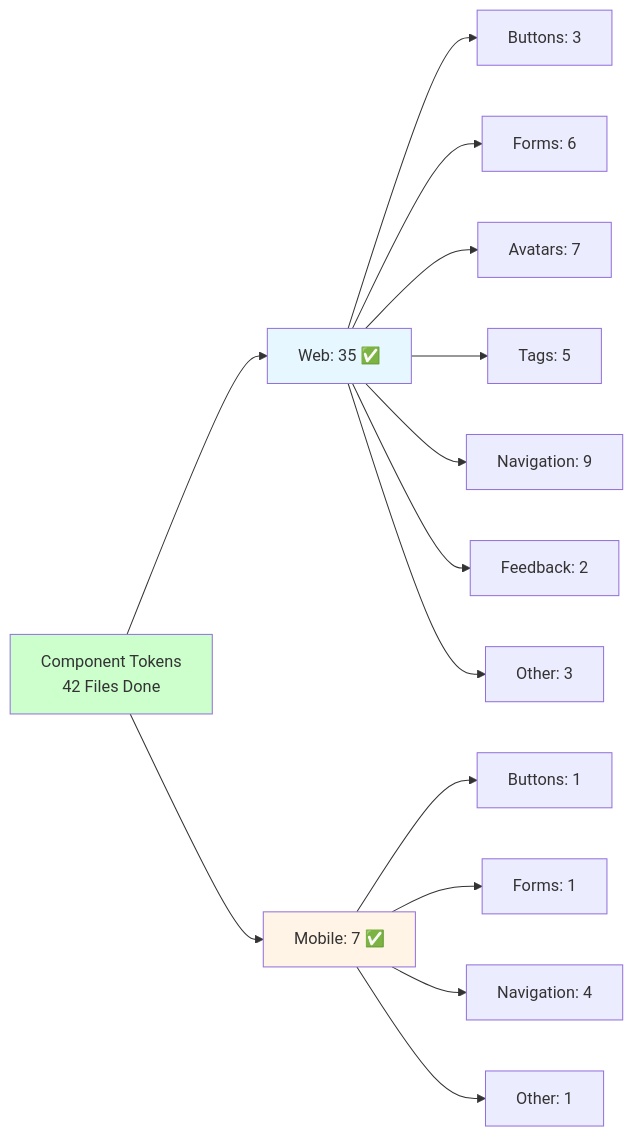
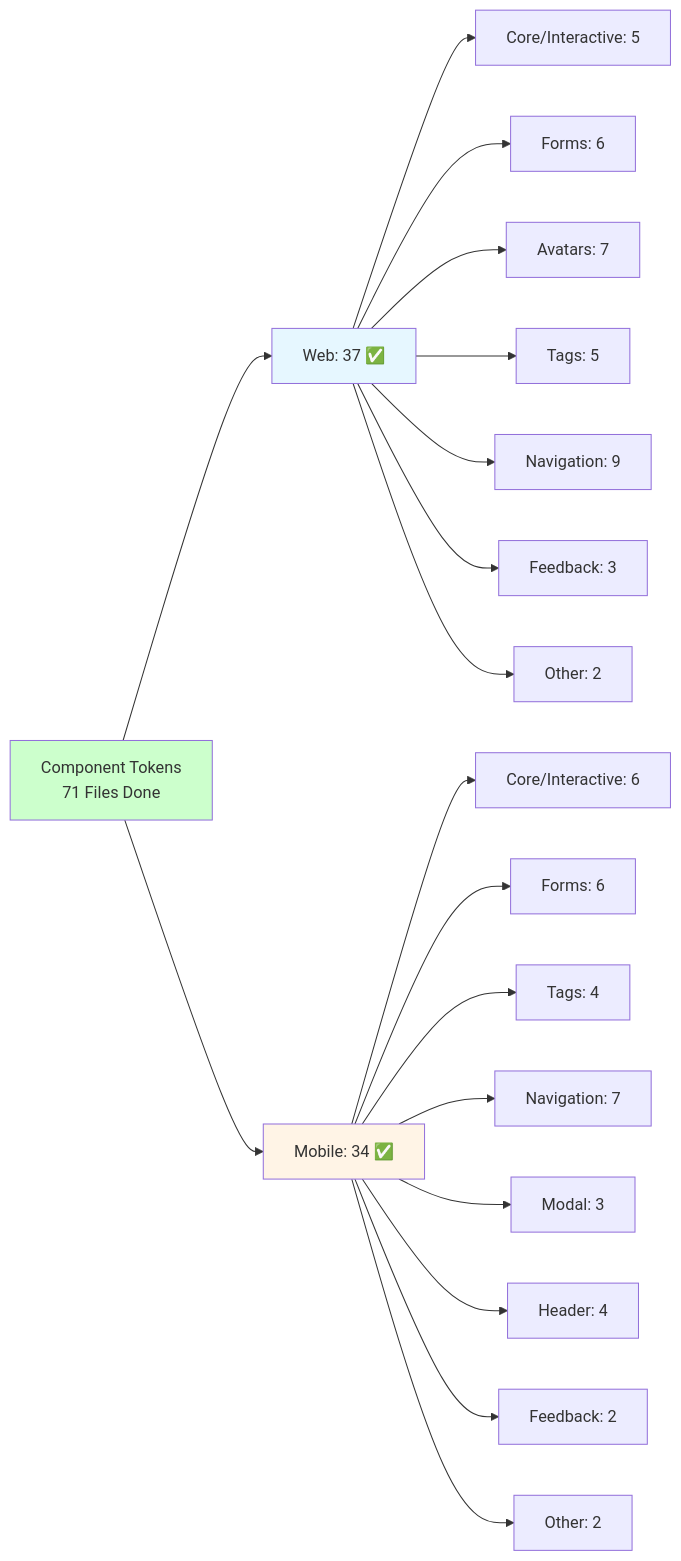
One commit to thisisashwinks/HighRise-Tokens changed the third of 3 diagrams in PROJECT_STATUS_TRACKER.md. Above: the diagram before and after it, drawn with Mermaid. The commit also changed other lines of this file and 7 other files, not shown here.

First line of the commit message:
Add Component-Level Design Tokens Research Report

````diff
--- a/PROJECT_STATUS_TRACKER.md
+++ b/PROJECT_STATUS_TRACKER.md
@@ -372,20 +426,24 @@
 ```mermaid
 flowchart LR
-    A[Component Tokens<br/>42 Files Done] --> B[Web: 35 ✅]
-    A --> C[Mobile: 7 ✅]
-    B --> D[Buttons: 3]
+    A[Component Tokens<br/>71 Files Done] --> B[Web: 37 ✅]
+    A --> C[Mobile: 34 ✅]
+    B --> D[Core/Interactive: 5]
     B --> E[Forms: 6]
     B --> F[Avatars: 7]
     B --> G[Tags: 5]
     B --> H[Navigation: 9]
-    B --> I[Feedback: 2]
-    B --> J[Other: 3]
-    C --> K[Buttons: 1]
-    C --> L[Forms: 1]
-    C --> M[Navigation: 4]
-    C --> N[Other: 1]
+    B --> I[Feedback: 3]
+    B --> J[Other: 2]
+    C --> K[Core/Interactive: 6]
+    C --> L[Forms: 6]
+    C --> M[Tags: 4]
+    C --> N[Navigation: 7]
+    C --> O[Modal: 3]
+    C --> P[Header: 4]
+    C --> Q[Feedback: 2]
+    C --> R[Other: 2]
     
     style A fill:#ccffcc
     style B fill:#e6f7ff
     style C fill:#fff4e6
 ```
````
